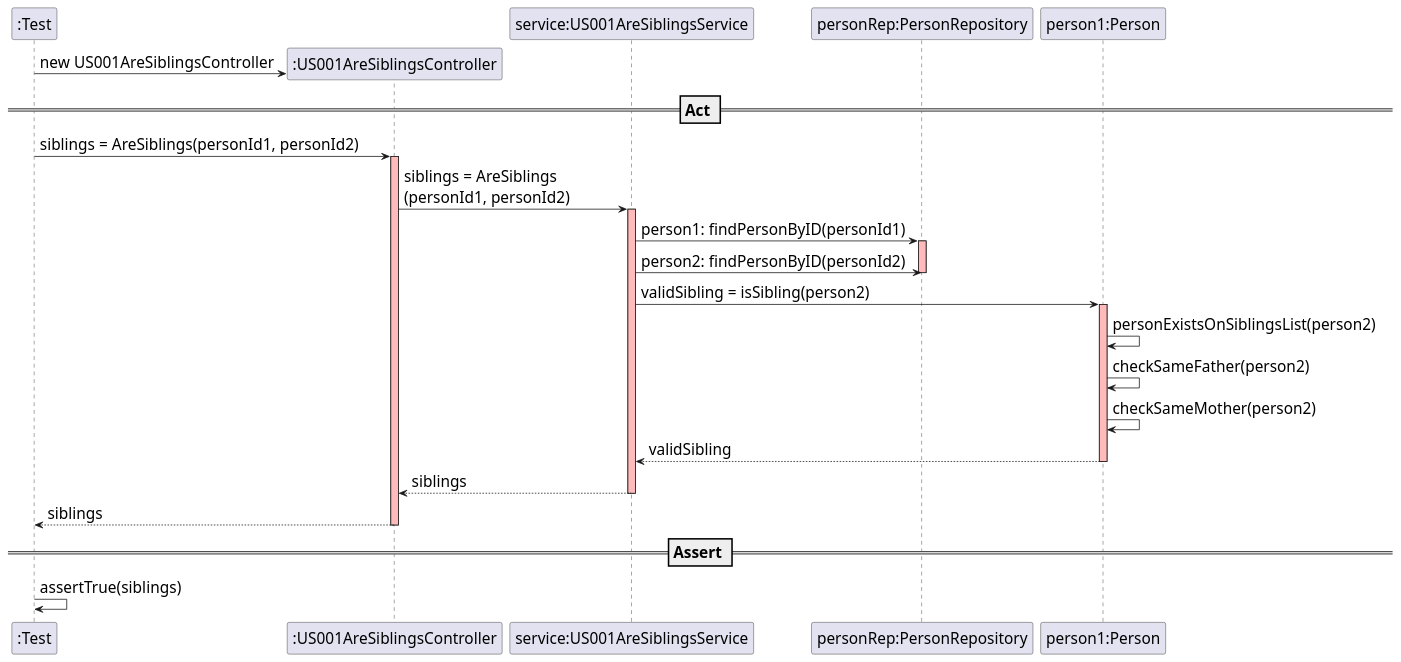
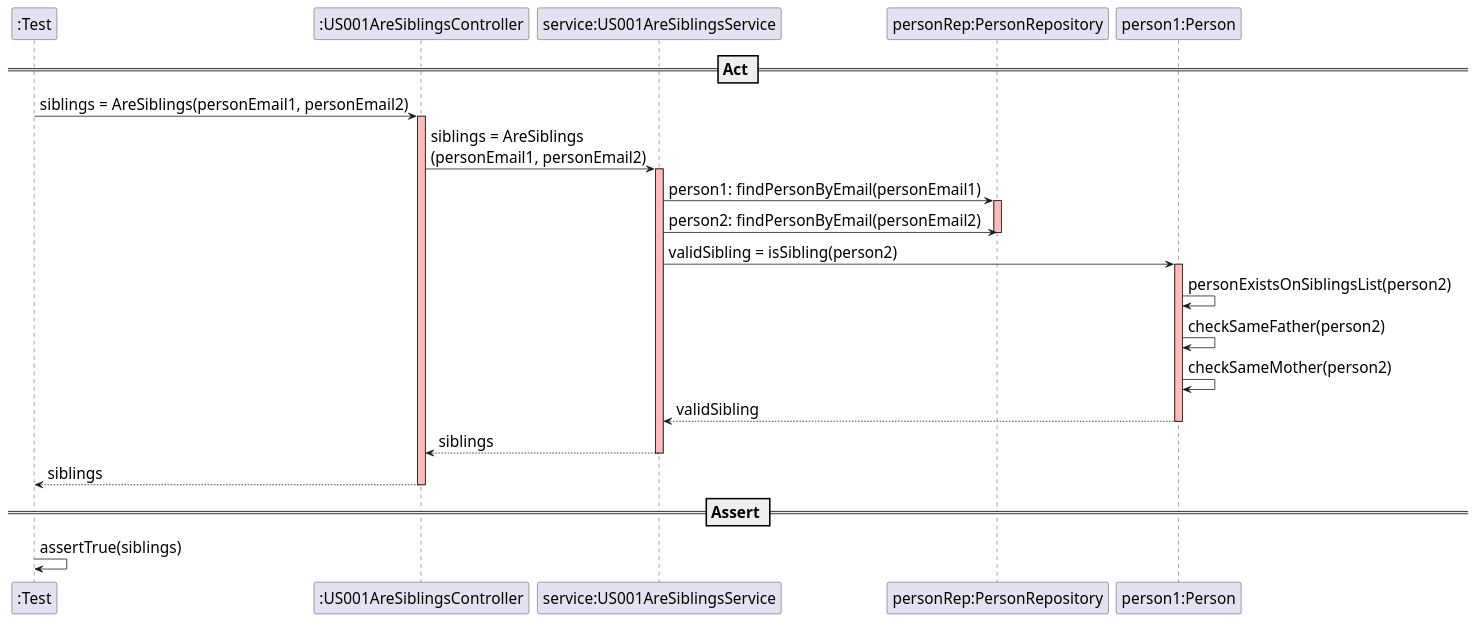
The diagram in src/main/java/switch2019/project/controllers/US001AreSiblingsSD.puml (mleitaoribeiro/DevOpsMaven), drawn with PlantUML before and after one commit.

```diff
--- a/src/main/java/switch2019/project/controllers/US001AreSiblingsSD.puml
+++ b/src/main/java/switch2019/project/controllers/US001AreSiblingsSD.puml
@@ -1,47 +1,46 @@
 @startuml
 skinparam DefaultFontSize 20
-create ":Test"
 
-create ":US001AreSiblingsController"
-":Test" -> ":US001AreSiblingsController" : new US001AreSiblingsController
+participant ":Test"
 
+participant ":US001AreSiblingsController"
 participant "service:US001AreSiblingsService"
 participant "personRep:PersonRepository"
 participant "person1:Person"
 
 == Act ==
 
-":Test" -> ":US001AreSiblingsController" : siblings = AreSiblings(personId1, personId2)
+":Test" -> ":US001AreSiblingsController" : siblings = AreSiblings(personEmail1, personEmail2)
 activate ":US001AreSiblingsController"  #FFBBBB
 
-":US001AreSiblingsController"-> "service:US001AreSiblingsService" : siblings = AreSiblings\n(personId1, personId2)
+":US001AreSiblingsController"-> "service:US001AreSiblingsService" : siblings = AreSiblings\n(personEmail1, personEmail2)
 activate "service:US001AreSiblingsService"  #FFBBBB
 
-"service:US001AreSiblingsService" -> "personRep:PersonRepository" : person1: findPersonByID(personId1)
+"service:US001AreSiblingsService" -> "personRep:PersonRepository" : person1: findPersonByEmail(personEmail1)
 activate "personRep:PersonRepository" #FFBBBB
 
-"service:US001AreSiblingsService" -> "personRep:PersonRepository" : person2: findPersonByID(personId2)
+"service:US001AreSiblingsService" -> "personRep:PersonRepository" : person2: findPersonByEmail(personEmail2)
 
 deactivate "personRep:PersonRepository" #FFBBBB
 
 "service:US001AreSiblingsService" -> "person1:Person" : validSibling = isSibling(person2)
 activate "person1:Person"  #FFBBBB
 
 "person1:Person" -> "person1:Person" :  personExistsOnSiblingsList(person2)
 "person1:Person" -> "person1:Person" :  checkSameFather(person2)
 "person1:Person" -> "person1:Person" :  checkSameMother(person2)
 
 "person1:Person" --> "service:US001AreSiblingsService" : validSibling
 deactivate "person1:Person"
 
 "service:US001AreSiblingsService"--> ":US001AreSiblingsController" : siblings
 deactivate "service:US001AreSiblingsService"
 
 ":US001AreSiblingsController" --> ":Test" : siblings
 deactivate ":US001AreSiblingsController"
 
 == Assert ==
 
 ":Test" -> ":Test" : assertTrue(siblings)
 
 @enduml
```
